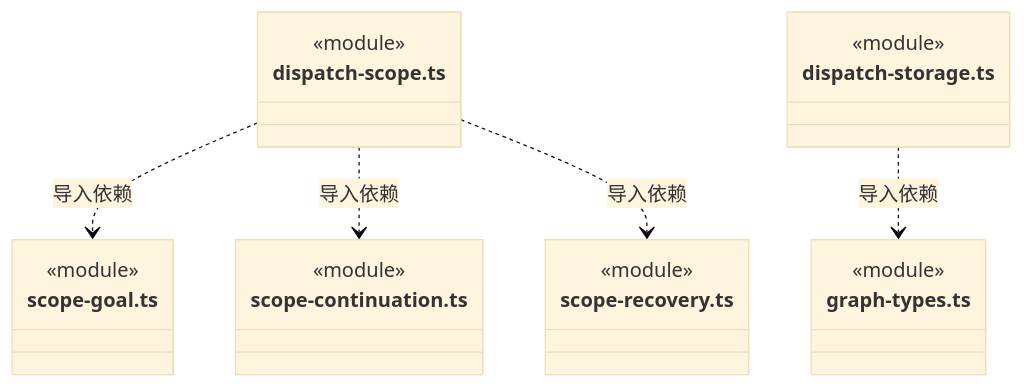
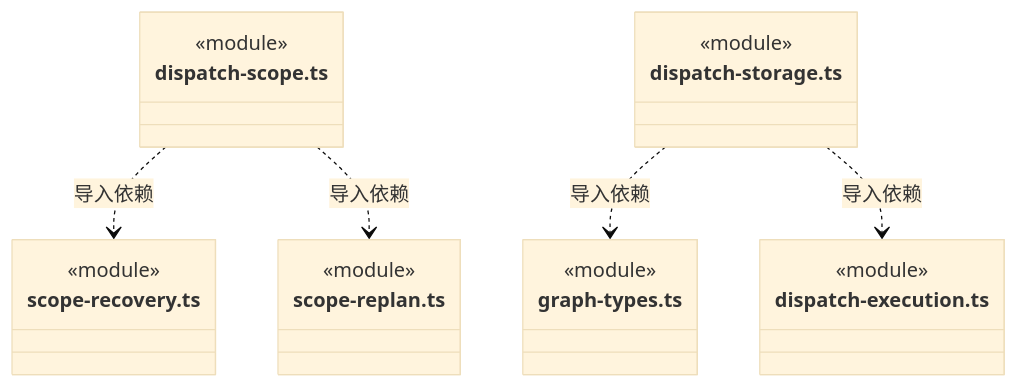
One commit to nan023062/cbim changed diagram 47 of 56 in src/backend/core/tasks/ARCHITECTURE.md. Above: the diagram before and after it, drawn with Mermaid (base theme). The commit also changed other lines of this file and 53 other files, not shown here.

````diff
--- a/src/backend/core/tasks/ARCHITECTURE.md
+++ b/src/backend/core/tasks/ARCHITECTURE.md
@@ -1072,25 +1177,25 @@
 ```mermaid
 classDiagram
 class N_src_backend_core_tasks_dispatch_scope_ts["dispatch-scope.ts"] {
   <<module>>
 }
-class N_src_backend_core_tasks_scope_goal_ts["scope-goal.ts"] {
+class N_src_backend_core_tasks_scope_recovery_ts["scope-recovery.ts"] {
   <<module>>
 }
-class N_src_backend_core_tasks_scope_continuation_ts["scope-continuation.ts"] {
-  <<module>>
-}
-class N_src_backend_core_tasks_scope_recovery_ts["scope-recovery.ts"] {
+class N_src_backend_core_tasks_scope_replan_ts["scope-replan.ts"] {
   <<module>>
 }
 class N_src_backend_core_tasks_dispatch_storage_ts["dispatch-storage.ts"] {
   <<module>>
 }
 class N_src_backend_core_tasks_graph_types_ts["graph-types.ts"] {
   <<module>>
 }
-N_src_backend_core_tasks_dispatch_scope_ts ..> N_src_backend_core_tasks_scope_goal_ts : 导入依赖
-N_src_backend_core_tasks_dispatch_scope_ts ..> N_src_backend_core_tasks_scope_continuation_ts : 导入依赖
+class N_src_backend_core_tasks_dispatch_execution_ts["dispatch-execution.ts"] {
+  <<module>>
+}
 N_src_backend_core_tasks_dispatch_scope_ts ..> N_src_backend_core_tasks_scope_recovery_ts : 导入依赖
+N_src_backend_core_tasks_dispatch_scope_ts ..> N_src_backend_core_tasks_scope_replan_ts : 导入依赖
 N_src_backend_core_tasks_dispatch_storage_ts ..> N_src_backend_core_tasks_graph_types_ts : 导入依赖
+N_src_backend_core_tasks_dispatch_storage_ts ..> N_src_backend_core_tasks_dispatch_execution_ts : 导入依赖
 ```
````
